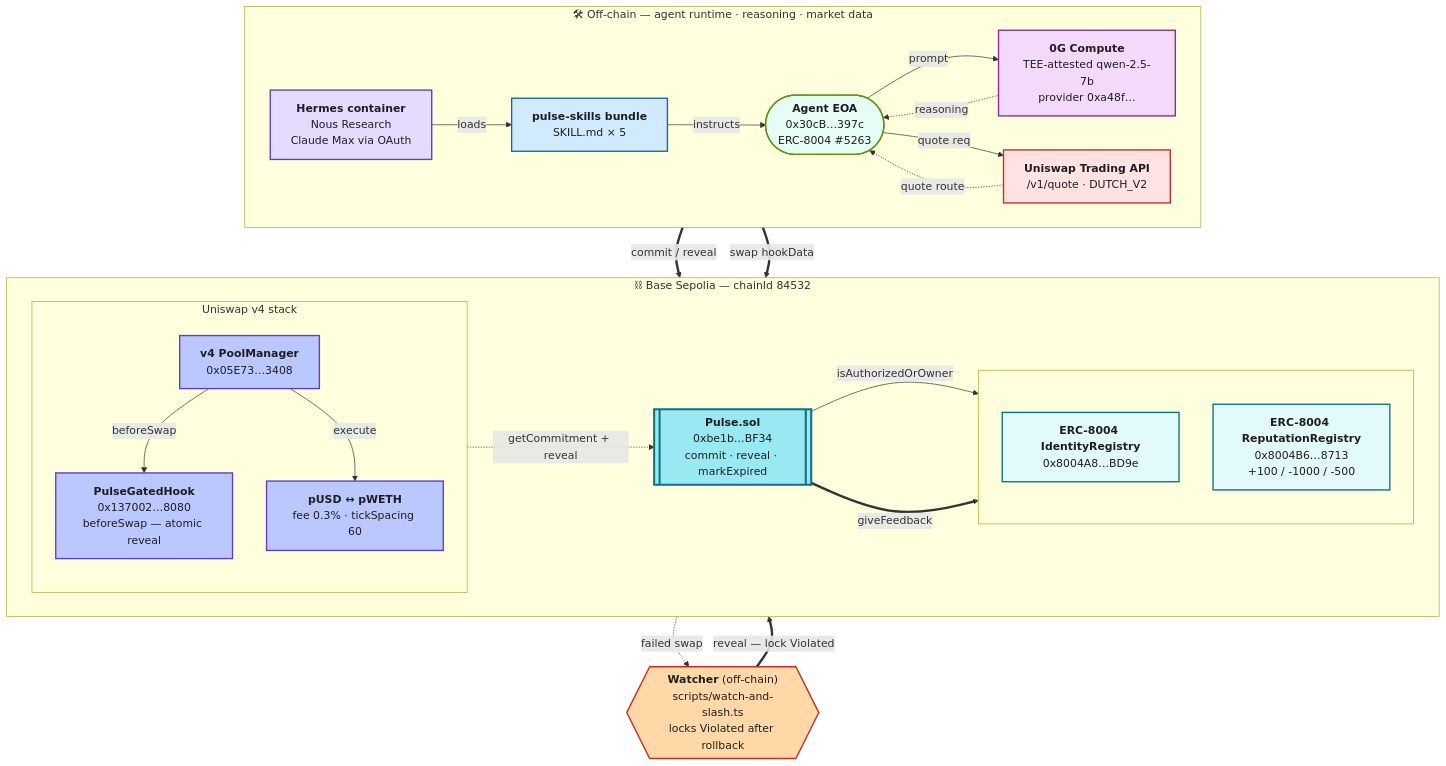
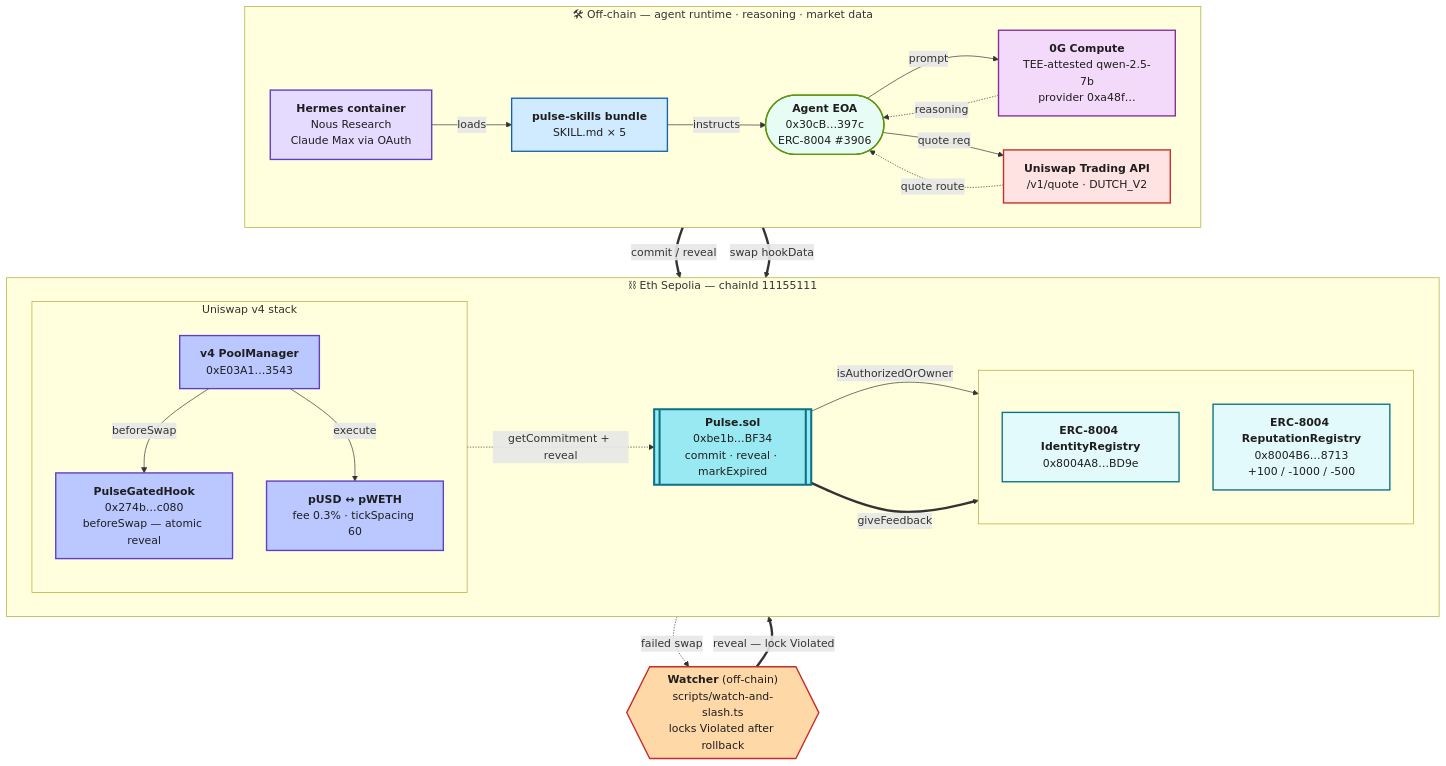
The diagram in README.md (ss251/ethglobal-openagents), drawn with Mermaid before and after one commit. The commit also changed other lines of this file and 15 other files, not shown here.

````diff
--- a/README.md
+++ b/README.md
@@ -16,74 +16,74 @@
 ```mermaid
 flowchart TD
     %% ── Off-chain agent runtime ────────────────────────────────────────
     subgraph OFF["🛠 Off-chain — agent runtime · reasoning · market data"]
         direction LR
         Hermes["<b>Hermes container</b><br/>Nous Research<br/>Claude Max via OAuth"]
         Skills["<b>pulse-skills bundle</b><br/>SKILL.md × 5"]
-        Agent(["<b>Agent EOA</b><br/>0x30cB…397c<br/>ERC-8004 #5263"])
+        Agent(["<b>Agent EOA</b><br/>0x30cB…397c<br/>ERC-8004 #3906"])
         ZG["<b>0G Compute</b><br/>TEE-attested qwen-2.5-7b<br/>provider 0xa48f…"]
         Trade["<b>Uniswap Trading API</b><br/>/v1/quote · DUTCH_V2"]
     end
 
-    %% ── On-chain Base Sepolia ──────────────────────────────────────────
-    subgraph BASE["⛓ Base Sepolia — chainId 84532"]
+    %% ── On-chain Eth Sepolia ──────────────────────────────────────────
+    subgraph BASE["⛓ Eth Sepolia — chainId 11155111"]
         direction LR
         subgraph ERC[" "]
             direction TB
             ID["<b>ERC-8004 IdentityRegistry</b><br/>0x8004A8…BD9e"]
             Rep["<b>ERC-8004 ReputationRegistry</b><br/>0x8004B6…8713<br/>+100 / -1000 / -500"]
         end
         Pulse[["<b>Pulse.sol</b><br/>0xbe1b…BF34<br/>commit · reveal · markExpired"]]
         subgraph V4["Uniswap v4 stack"]
             direction TB
-            Hook["<b>PulseGatedHook</b><br/>0x137002…8080<br/>beforeSwap — atomic reveal"]
-            PM["<b>v4 PoolManager</b><br/>0x05E73…3408"]
+            Hook["<b>PulseGatedHook</b><br/>0x274b…c080<br/>beforeSwap — atomic reveal"]
+            PM["<b>v4 PoolManager</b><br/>0xE03A1…3543"]
             Pool["<b>pUSD ↔ pWETH</b><br/>fee 0.3% · tickSpacing 60"]
         end
     end
 
     Watcher{{"<b>Watcher</b> (off-chain)<br/>scripts/watch-and-slash.ts<br/>locks Violated after rollback"}}
 
     %% ── Off-chain agent loop ───────────────────────────────────────────
     Hermes -->|loads| Skills
     Skills -->|instructs| Agent
     Agent -->|prompt| ZG
     ZG -.->|reasoning| Agent
     Agent -->|quote req| Trade
     Trade -.->|quote route| Agent
 
     %% ── Cross-band: agent → Pulse ──────────────────────────────────────
     Agent ==>|commit / reveal| Pulse
     Pulse -->|isAuthorizedOrOwner| ID
     Pulse ==>|giveFeedback| Rep
     Hook -.->|getCommitment + reveal| Pulse
 
     %% ── v4 swap path ──────────────────────────────────────────────────
     Agent ==>|swap hookData| PM
     PM -->|beforeSwap| Hook
     PM -->|execute| Pool
 
     %% ── Atomic-rollback recovery ──────────────────────────────────────
     Pool -.->|failed swap| Watcher
     Watcher ==>|reveal — lock Violated| Pulse
 
     classDef agentBox fill:#e6fcf5,stroke:#5c940d,stroke-width:2px,color:#1e1e1e
     classDef hermesBox fill:#e5dbff,stroke:#5f3dc4,stroke-width:2px,color:#1e1e1e
     classDef skillsBox fill:#d0ebff,stroke:#1864ab,stroke-width:2px,color:#1e1e1e
     classDef zgBox fill:#f3d9fa,stroke:#862e9c,stroke-width:2px,color:#1e1e1e
     classDef tradeBox fill:#ffe3e3,stroke:#c92a2a,stroke-width:2px,color:#1e1e1e
     classDef pulseBox fill:#99e9f2,stroke:#0b7285,stroke-width:3px,color:#1e1e1e
     classDef ercBox fill:#e3fafc,stroke:#0b7285,stroke-width:2px,color:#1e1e1e
     classDef v4Box fill:#bac8ff,stroke:#5f3dc4,stroke-width:2px,color:#1e1e1e
     classDef watcherBox fill:#ffd8a8,stroke:#c92a2a,stroke-width:2px,color:#1e1e1e
 
     class Agent agentBox
     class Hermes hermesBox
     class Skills skillsBox
     class ZG zgBox
     class Trade tradeBox
     class Pulse pulseBox
     class ID,Rep ercBox
     class Hook,PM,Pool v4Box
     class Watcher watcherBox
 ```
````
